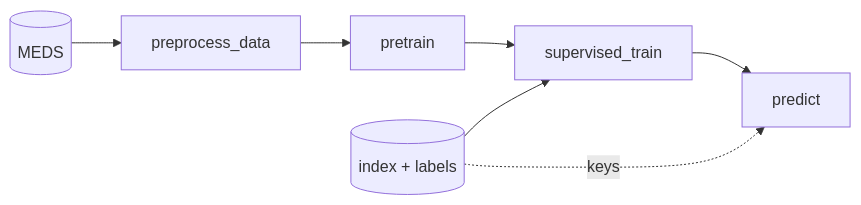
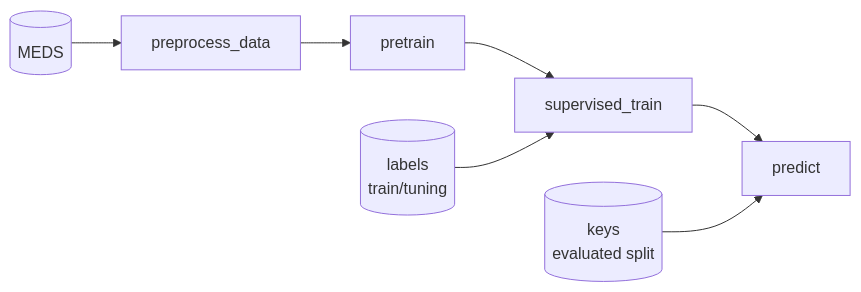
Before and after one commit to McDermottHealthAI/MEDS_algorithm_template: the third of 7 diagrams in docs/profiles.md, drawn with Mermaid. The commit also changed other lines of this file and 6 other files, not shown here.

````diff
--- a/docs/profiles.md
+++ b/docs/profiles.md
@@ -66,6 +86,6 @@
-    ```mermaid
-    flowchart LR
-        d[(MEDS)] --> pp[preprocess_data] --> pt[pretrain] --> st[supervised_train] --> pr[predict]
-        l[(index + labels)] --> st
-        l -. keys .-> pr
-    ```
+```mermaid
+flowchart LR
+    d[(MEDS)] --> pp[preprocess_data] --> pt[pretrain] --> st[supervised_train] --> pr[predict]
+    lab[(labels<br/>train/tuning)] --> st
+    keys[(keys<br/>evaluated split)] --> pr
+```
````
